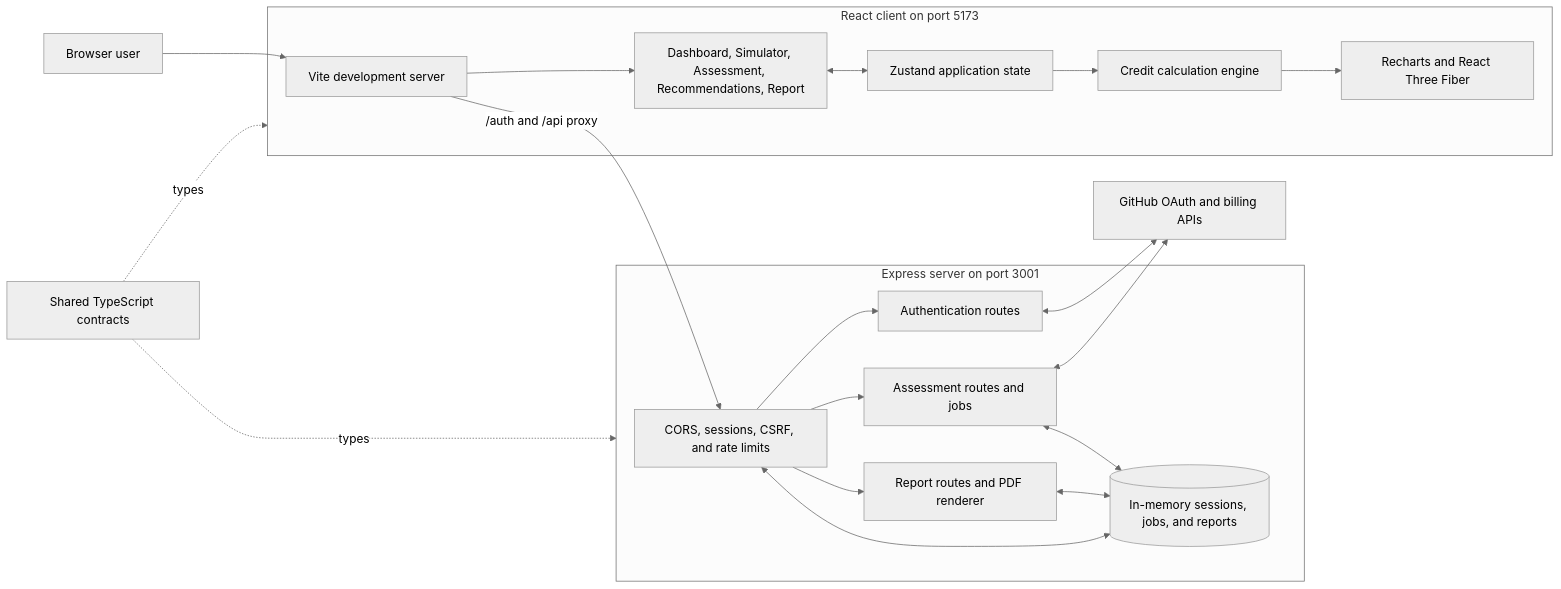
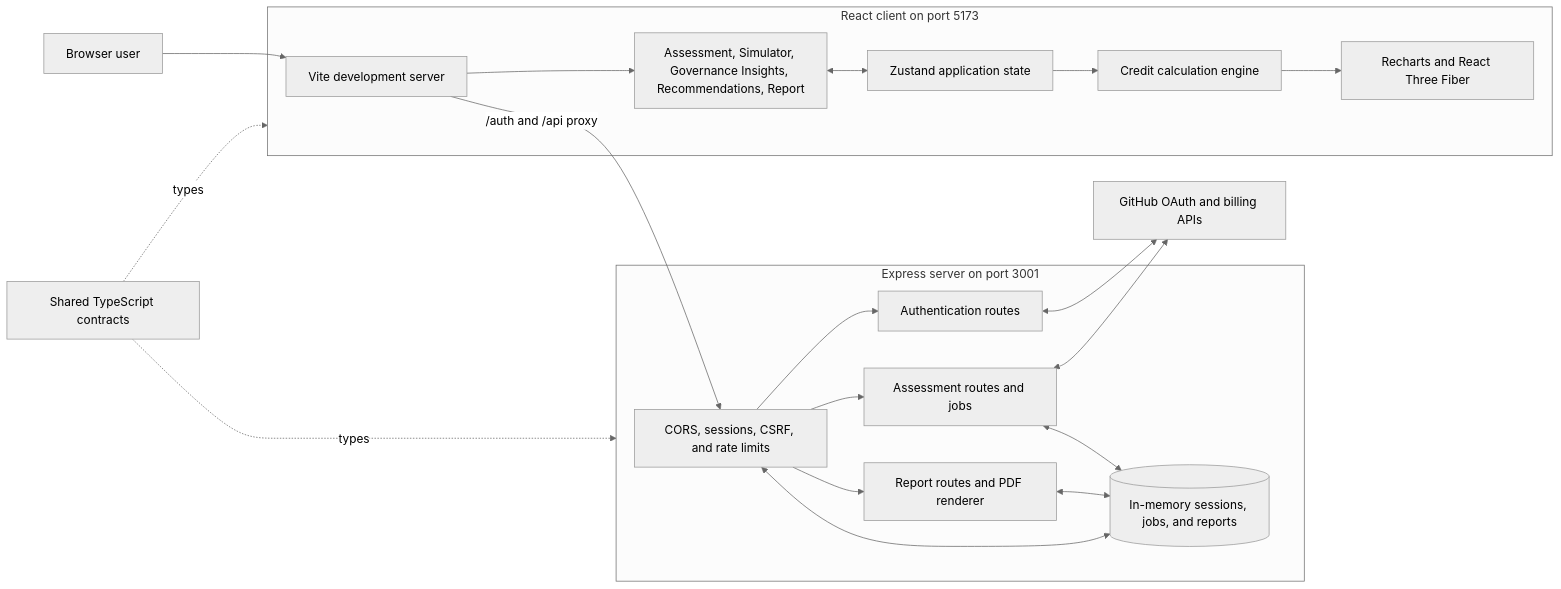
One commit to autocloudarc-digital-services/ghcp-ai-credits-simulator changed the diagram in README.md. Above: the diagram before and after it, drawn with Mermaid (neutral theme). The commit also changed other lines of this file and 13 other files, not shown here.

````diff
--- a/README.md
+++ b/README.md
@@ -66,40 +63,40 @@
 ```mermaid
 flowchart LR
     User[Browser user]
     GitHub[GitHub OAuth and billing APIs]
 
     subgraph Client[React client on port 5173]
         Vite[Vite development server]
-        Router[Dashboard, Simulator, Assessment, Recommendations, Report]
+        Router[Assessment, Simulator, Governance Insights, Recommendations, Report]
         Store[Zustand application state]
         Engine[Credit calculation engine]
         Visuals[Recharts and React Three Fiber]
     end
 
     subgraph Server[Express server on port 3001]
         Security[CORS, sessions, CSRF, and rate limits]
         Auth[Authentication routes]
         Assessment[Assessment routes and jobs]
         Report[Report routes and PDF renderer]
         Memory[(In-memory sessions, jobs, and reports)]
     end
 
     Shared[Shared TypeScript contracts]
 
     User --> Vite
     Vite --> Router
     Router <--> Store
     Store --> Engine
     Engine --> Visuals
     Vite -- /auth and /api proxy --> Security
     Security --> Auth
     Security --> Assessment
     Security --> Report
     Auth <--> GitHub
     Assessment <--> GitHub
     Security <--> Memory
     Assessment <--> Memory
     Report <--> Memory
     Shared -. types .-> Client
     Shared -. types .-> Server
 ```
````
